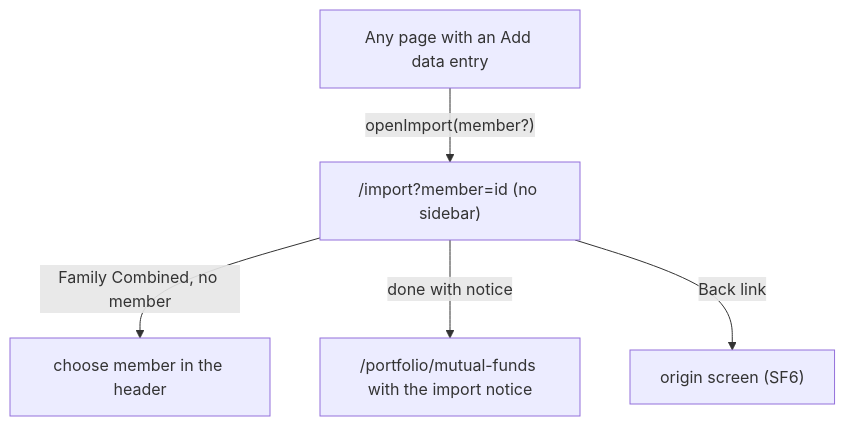
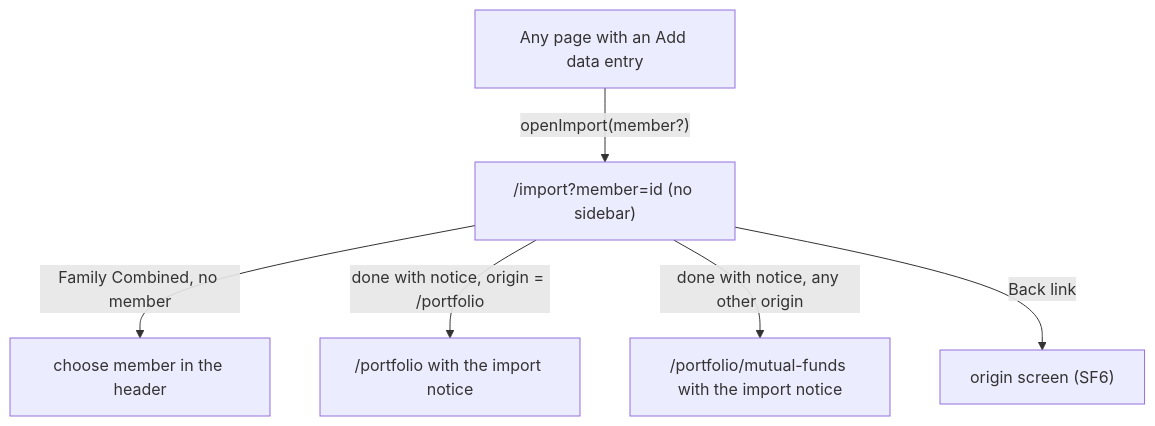
The fourth of 4 diagrams in Docs/orchestration/2026-10-23-shell-flows.md (ayushkarnawat/MVP_V1_MF_only), drawn with Mermaid before and after one commit. The commit also changed other lines of this file and 7 other files, not shown here.

First line of the commit message:
docs: close Portfolio home page design and reconcile shell import-completion rule

````diff
--- a/Docs/orchestration/2026-10-23-shell-flows.md
+++ b/Docs/orchestration/2026-10-23-shell-flows.md
@@ -53,7 +53,8 @@
 ```mermaid
 flowchart TD
   P["Any page with an Add data entry"] -->|"openImport(member?)"| I["/import?member=id (no sidebar)"]
   I -->|"Family Combined, no member"| C["choose member in the header"]
-  I -->|"done with notice"| D["/portfolio/mutual-funds with the import notice"]
+  I -->|"done with notice, origin = /portfolio"| D1["/portfolio with the import notice"]
+  I -->|"done with notice, any other origin"| D2["/portfolio/mutual-funds with the import notice"]
   I -->|"Back link"| R["origin screen (SF6)"]
 ```
````
